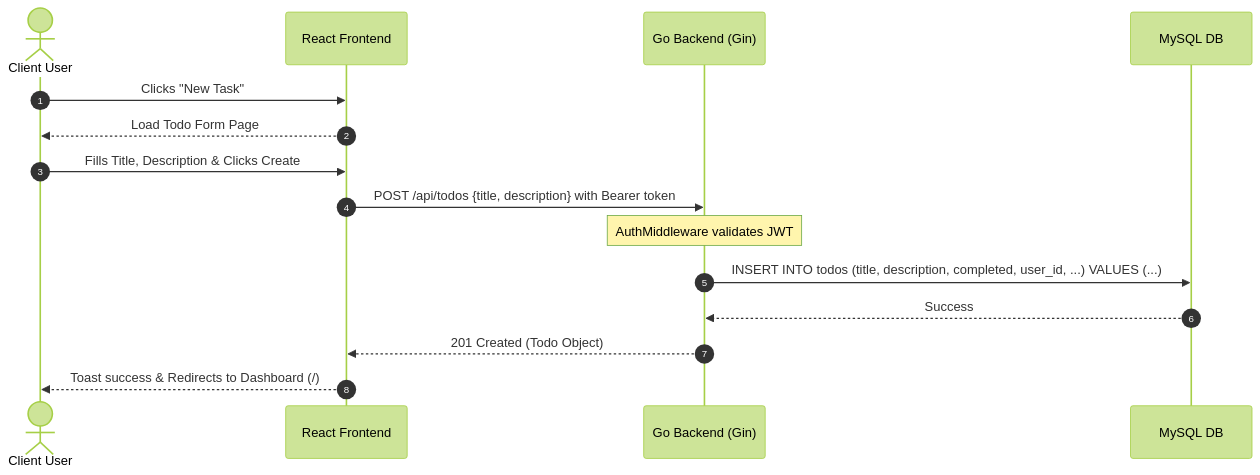
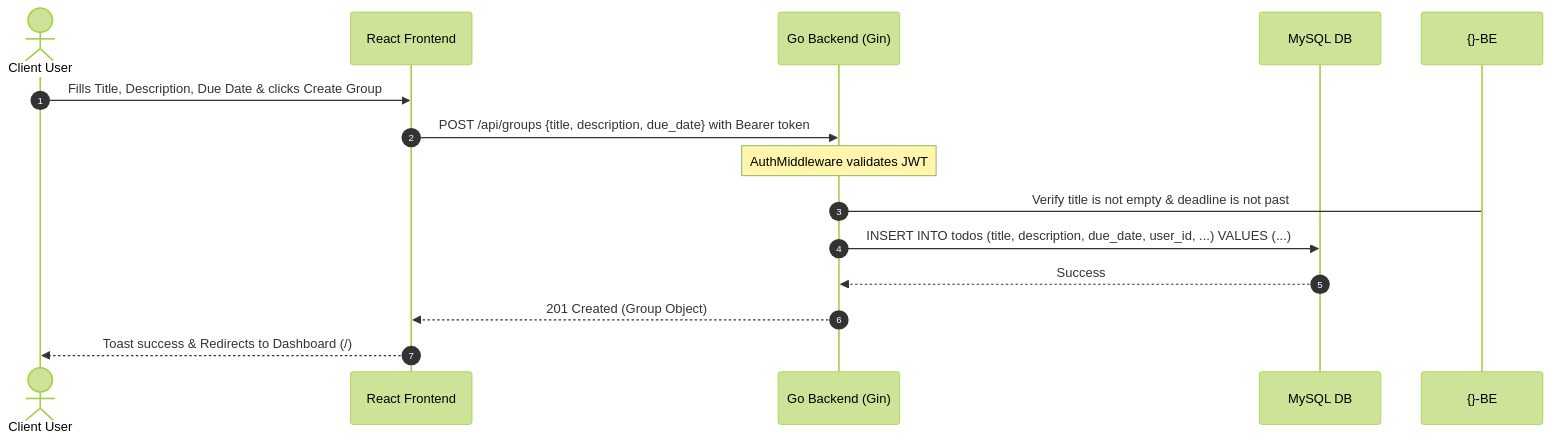
Before and after one commit to krishnabhambani/Todo---KreditBee: the third of 5 diagrams in walkthrough.md, drawn with Mermaid (forest theme). The commit also changed other lines of this file and 6 other files, not shown here.

Commit message:
updated auth flow

````diff
--- a/walkthrough.md
+++ b/walkthrough.md
@@ -673,18 +468,17 @@
 ```mermaid
 sequenceDiagram
     autonumber
     actor User as Client User
     participant FE as React Frontend
     participant BE as Go Backend (Gin)
     participant DB as MySQL DB
 
-    User->>FE: Clicks "New Task"
-    FE-->>User: Load Todo Form Page
-    User->>FE: Fills Title, Description & Clicks Create
-    FE->>BE: POST /api/todos {title, description} with Bearer token
+    User->>FE: Fills Title, Description, Due Date & clicks Create Group
+    FE->>BE: POST /api/groups {title, description, due_date} with Bearer token
     Note over BE: AuthMiddleware validates JWT
-    BE->>DB: INSERT INTO todos (title, description, completed, user_id, ...) VALUES (...)
+    BE->{}-BE: Verify title is not empty & deadline is not past
+    BE->>DB: INSERT INTO todos (title, description, due_date, user_id, ...) VALUES (...)
     DB-->>BE: Success
-    BE-->>FE: 201 Created (Todo Object)
+    BE-->>FE: 201 Created (Group Object)
     FE-->>User: Toast success & Redirects to Dashboard (/)
 ```
````
